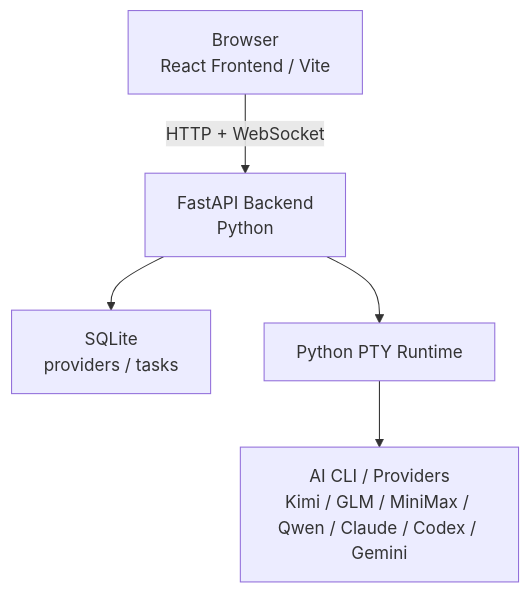
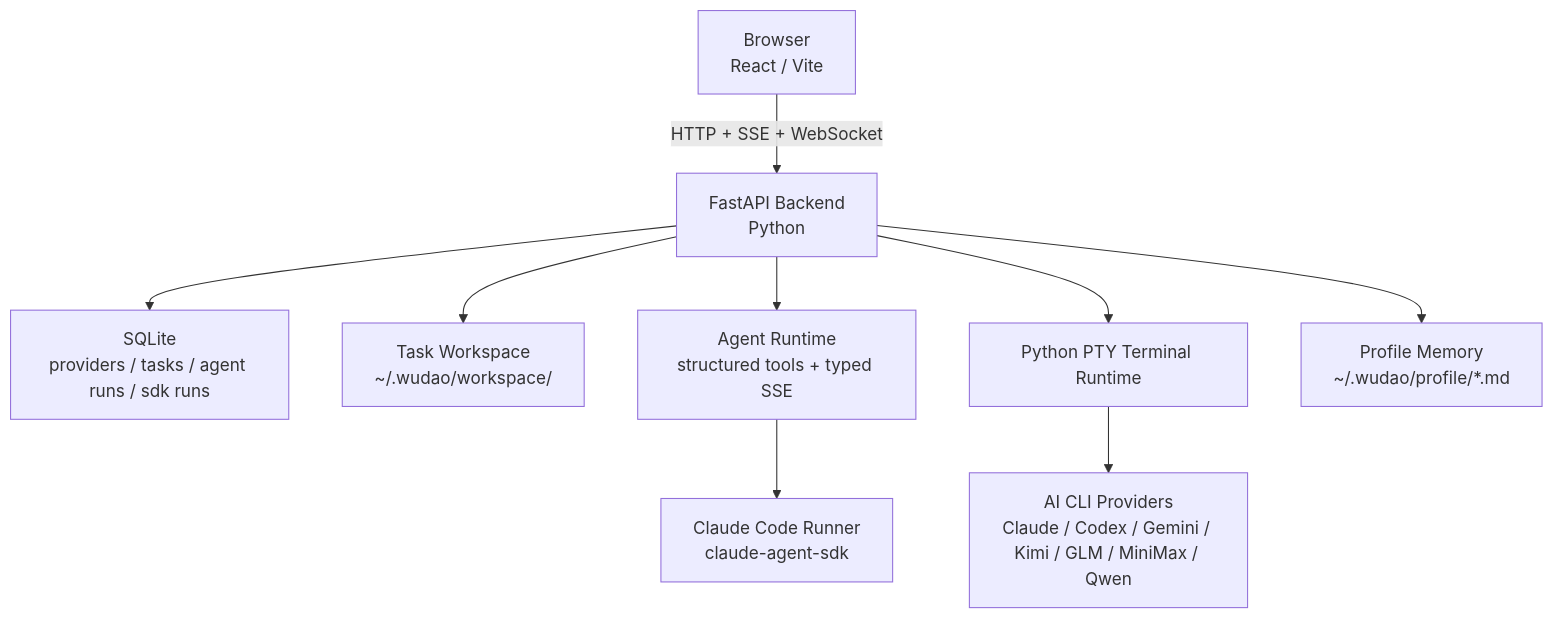
One commit to zth9/wudao changed the diagram in AGENTS.md. Above: the diagram before and after it, drawn with Mermaid. The commit also changed other lines of this file and 6 other files, not shown here.

````diff
--- a/AGENTS.md
+++ b/AGENTS.md
@@ -149,7 +154,11 @@
 ```mermaid
 flowchart TD
-    A[Browser\nReact Frontend / Vite] -->|HTTP + WebSocket| B[FastAPI Backend\nPython]
-    B --> C[SQLite\nproviders / tasks]
-    B --> D[Python PTY Runtime]
-    D --> E[AI CLI / Providers\nKimi / GLM / MiniMax / Qwen / Claude / Codex / Gemini]
+    A[Browser\nReact / Vite] -->|HTTP + SSE + WebSocket| B[FastAPI Backend\nPython]
+    B --> C[SQLite\nproviders / tasks / agent runs / sdk runs]
+    B --> D[Task Workspace\n~/.wudao/workspace/<taskId>]
+    B --> E[Agent Runtime\nstructured tools + typed SSE]
+    E --> F[Claude Code Runner\nclaude-agent-sdk]
+    B --> G[Python PTY Terminal Runtime]
+    G --> H[AI CLI Providers\nClaude / Codex / Gemini / Kimi / GLM / MiniMax / Qwen]
+    B --> I[Profile Memory\n~/.wudao/profile/*.md]
 ```
````
